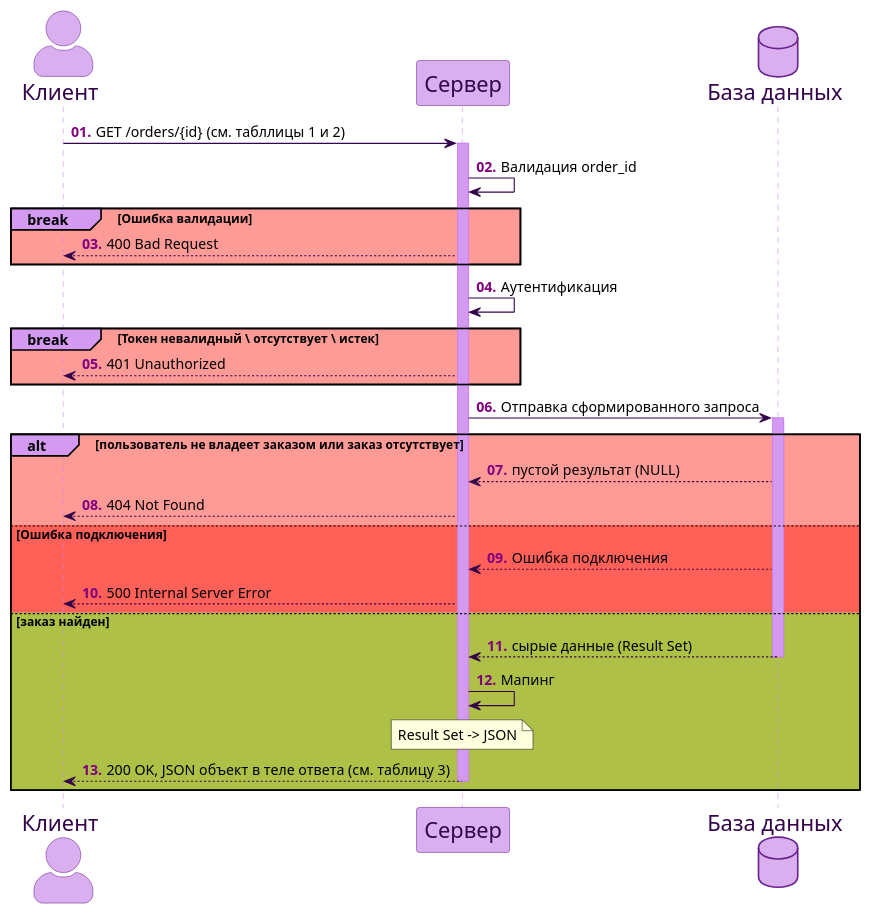
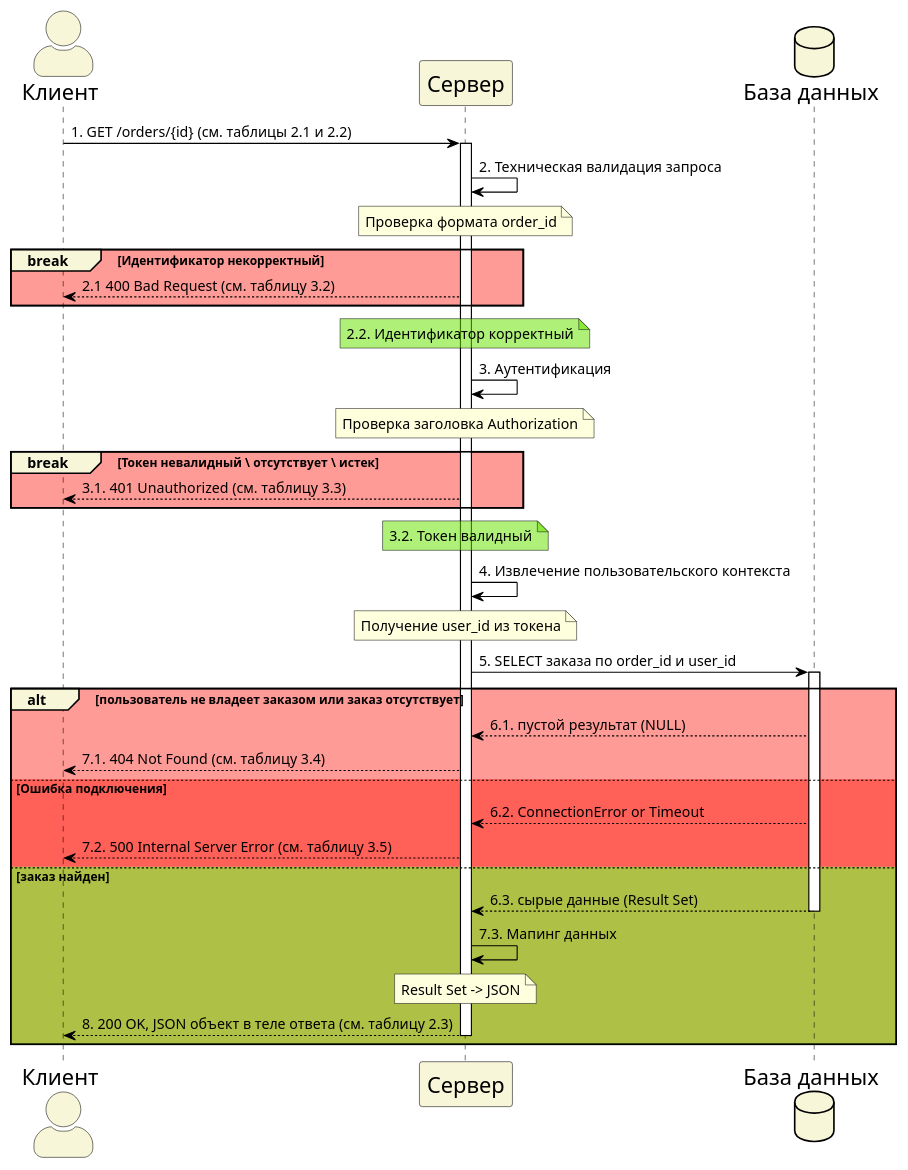
The second of 4 diagrams in task-1.md (NastyaST8896/Sequence-Diagram), drawn with PlantUML before and after one commit. The commit also changed other lines of this file and 3 other files, not shown here.

````diff
--- a/task-1.md
+++ b/task-1.md
@@ -96,60 +117,69 @@
 ```plantuml
 @startuml
-autonumber "<b><color: purple>00.</color></b>"
 skinparam sequence {
-backgroundColor #9800e4
-ArrowColor #34054b
-LifeLineBorderColor #cb84ef
-LifeLineBackgroundColor #d49af1
-NoteBackgroundColor #360251
+backgroundColor #ffff
+ArrowColor #000000
+LifeLineBorderColor #000000
+LifeLineBackgroundColor #ffff
 
-ParticipantBorderColor #6a228e
-ParticipantBackgroundColor #daaff0
+ParticipantBorderColor #000000
+ParticipantBackgroundColor #f7f6d9
 ParticipantFontName Aapex
 ParticipantFontSize 20
-ParticipantFontColor #34054b
+ParticipantFontColor #000000
 
-ActorBorderColor #6a228e
-ActorBackgroundColor #daaff0
+ActorBorderColor #000000
+ActorBackgroundColor #f7f6d9
 ActorFontName Aapex
 ActorFontSize 20
-ActorFontColor #34054b
+ActorFontColor #000000
 ActorStyle awesome
 }
 skinparam database {
-BorderColor #6a228e
-BackgroundColor #daaff0
+BorderColor #000000
+BackgroundColor #f7f6d9
 FontName Aapex
 FontSize 20
-FontColor #34054b
+FontColor #000000
 }
+
 actor C as "Клиент"
 participant S as "Сервер"
 database DB as "База данных"
 
-C->S ++: GET /orders/{id} (см. табллицы 1 и 2)
-    S->S: Валидация order_id
-    
-    break#d49af1 #ff0d0069 Ошибка валидации 
-    S-->C: 400 Bad Request
+C->S ++: 1. GET /orders/{id} (см. таблицы 2.1 и 2.2)
+
+S->S: 2. Техническая валидация запроса
+Note over S: Проверка формата order_id
+    break#f7f6d9 #ff0d0069 Идентификатор некорректный 
+        S-->C: 2.1 400 Bad Request (см. таблицу 3.2)
     end
-    S->S: Аутентификация
-    break#d49af1 #ff0d0069 Токен невалидный \ отсутствует \ истек
-    S-->C: 401 Unauthorized
+Note over S #66e30087: 2.2. Идентификатор корректный
+
+S->S: 3. Аутентификация
+Note over S: Проверка заголовка Authorization
+    break#f7f6d9 #ff0d0069 Токен невалидный \ отсутствует \ истек
+        S-->C: 3.1. 401 Unauthorized (см. таблицу 3.3)
     end
-    S->DB ++: Отправка сформированного запроса
-    alt#d49af1 #ff0d0069 пользователь не владеет заказом или заказ отсутствует
-    DB-->S: пустой результат (NULL)
-    S-->C: 404 Not Found
+Note over S #66e30087: 3.2. Токен валидный
+
+S->S: 4. Извлечение пользовательского контекста
+Note over S: Получение user_id из токена
+
+S->DB ++: 5. SELECT заказа по order_id и user_id
+    alt#f7f6d9 #ff0d0069 пользователь не владеет заказом или заказ отсутствует
+        DB-->S: 6.1. пустой результат (NULL)
+            S-->C: 7.1. 404 Not Found (см. таблицу 3.4)
+
     else Ошибка подключения
-    DB-->S:  Ошибка подключения
-    S-->C: 500 Internal Server Error
+        DB-->S:  6.2. ConnectionError or Timeout
+            S-->C: 7.2. 500 Internal Server Error (см. таблицу 3.5)
+
     else #66e30087 заказ найден
-    DB-->S --: сырые данные (Result Set)
-     S->S: Мапинг
-    Note over S: Result Set -> JSON
-    
-    S-->C --: 200 OK, JSON объект в теле ответа (см. таблицу 3)
+        DB-->S --: 6.3. сырые данные (Result Set)
+            S->S: 7.3. Мапинг данных
+                Note over S: Result Set -> JSON
+                    S-->C --: 8. 200 OK, JSON объект в теле ответа (см. таблицу 2.3)
     end
 @enduml
 ```
````
